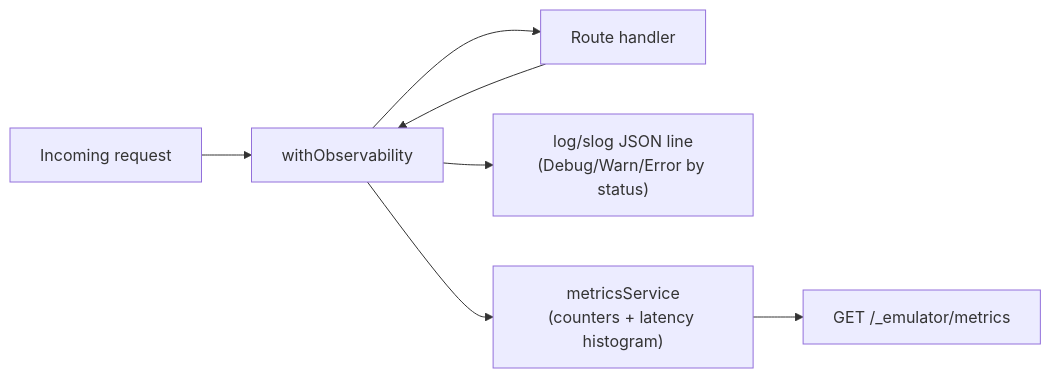
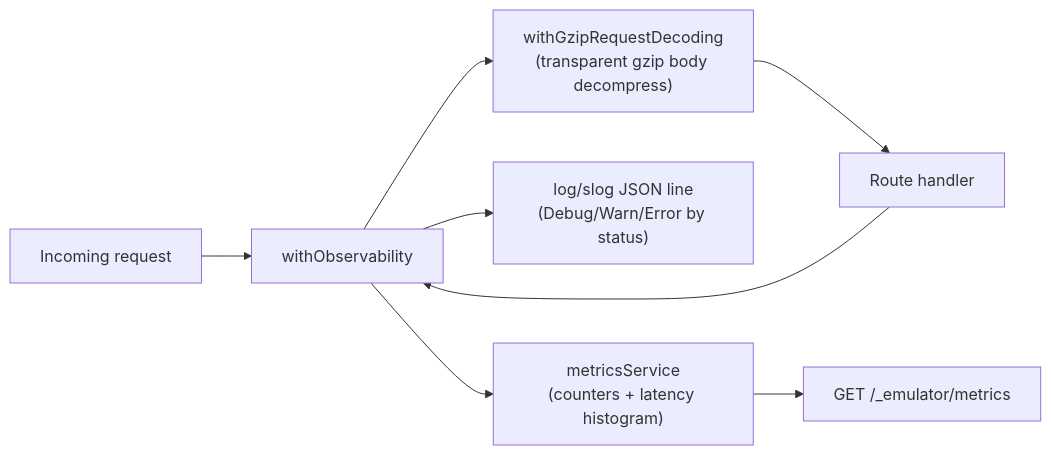
One commit to lraigosov/LocaQL changed the fourth of 11 diagrams in README.md. Above: the diagram before and after it, drawn with Mermaid. The commit also changed other lines of this file, not shown here.

Commit message:
docs: update readme with latest project status

````diff
--- a/README.md
+++ b/README.md
@@ -267,9 +268,10 @@
 ```mermaid
 flowchart LR
 	Request[Incoming request] --> Middleware[withObservability]
-	Middleware --> Handler[Route handler]
+	Middleware --> GzipDecode["withGzipRequestDecoding\n(transparent gzip body decompress)"]
+	GzipDecode --> Handler[Route handler]
 	Handler --> Middleware
 	Middleware --> Log["log/slog JSON line\n(Debug/Warn/Error by status)"]
 	Middleware --> Metrics["metricsService\n(counters + latency histogram)"]
 	Metrics --> Endpoint["GET /_emulator/metrics"]
 ```
````
